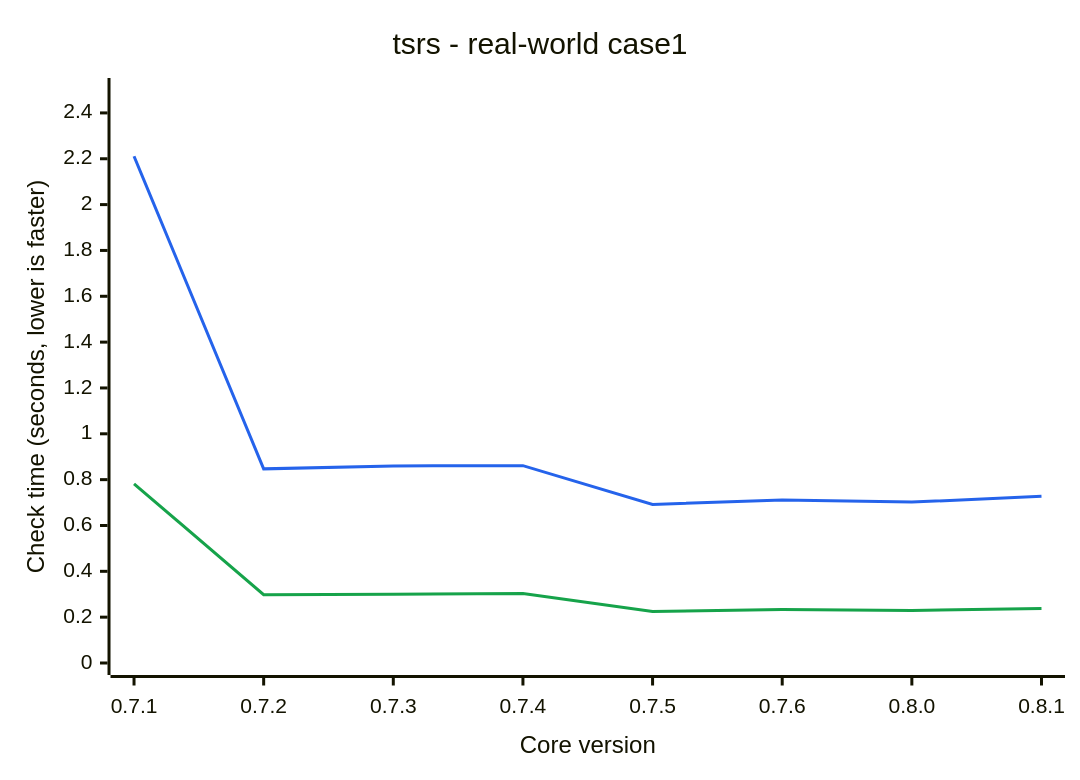
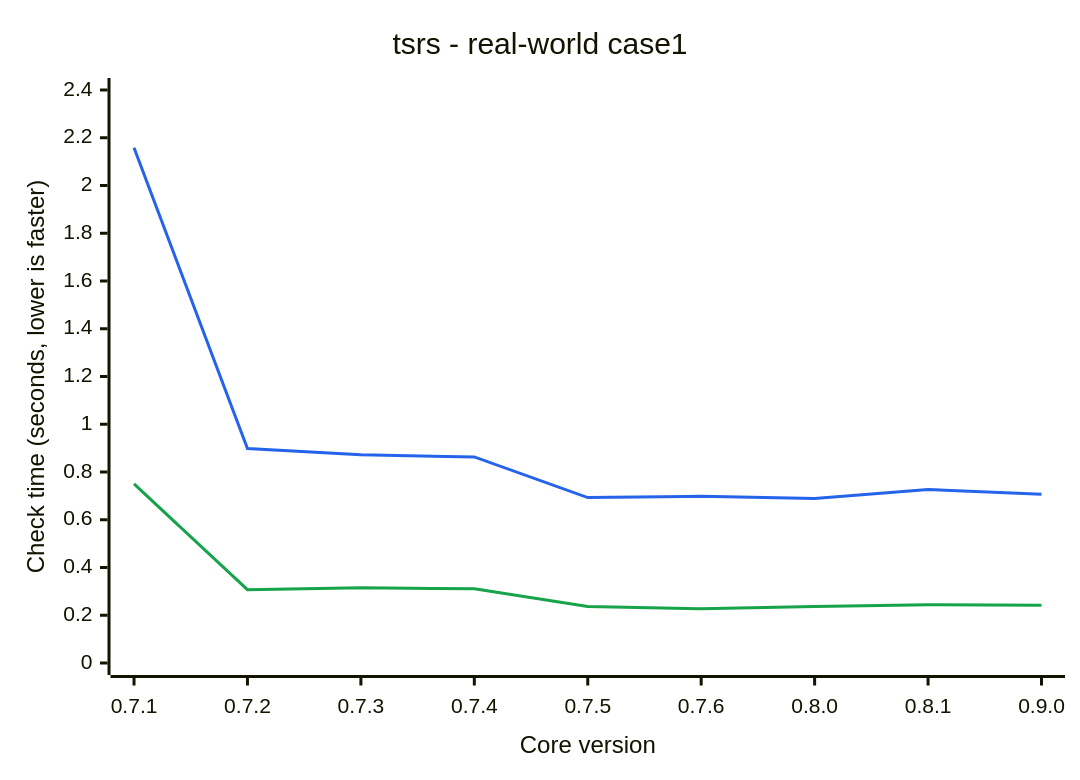
Before and after one commit to ismailkarsli/TypeSQL: the diagram in README.md, drawn with Mermaid. The commit also changed other lines of this file and 26 other files, not shown here.

````diff
--- a/README.md
+++ b/README.md
@@ -151,14 +151,14 @@
 ```mermaid
 ---
 config:
   themeVariables:
     xyChart:
       plotColorPalette: "#2563eb,#16a34a"
 ---
 xychart-beta
     title "tsrs - real-world case1"
-    x-axis "Core version" ["0.7.1", "0.7.2", "0.7.3", "0.7.4", "0.7.5", "0.7.6", "0.8.0", "0.8.1"]
-    y-axis "Check time (seconds, lower is faster)" 0 --> 2.5
-    line [2.211, 0.847, 0.86, 0.861, 0.692, 0.711, 0.702, 0.727]
-    line [0.782, 0.298, 0.3, 0.303, 0.225, 0.233, 0.229, 0.238]
+    x-axis "Core version" ["0.7.1", "0.7.2", "0.7.3", "0.7.4", "0.7.5", "0.7.6", "0.8.0", "0.8.1", "0.9.0"]
+    y-axis "Check time (seconds, lower is faster)" 0 --> 2.4
+    line [2.158, 0.898, 0.872, 0.863, 0.693, 0.698, 0.689, 0.727, 0.707]
+    line [0.75, 0.307, 0.315, 0.311, 0.237, 0.227, 0.237, 0.244, 0.242]
 ```
````
